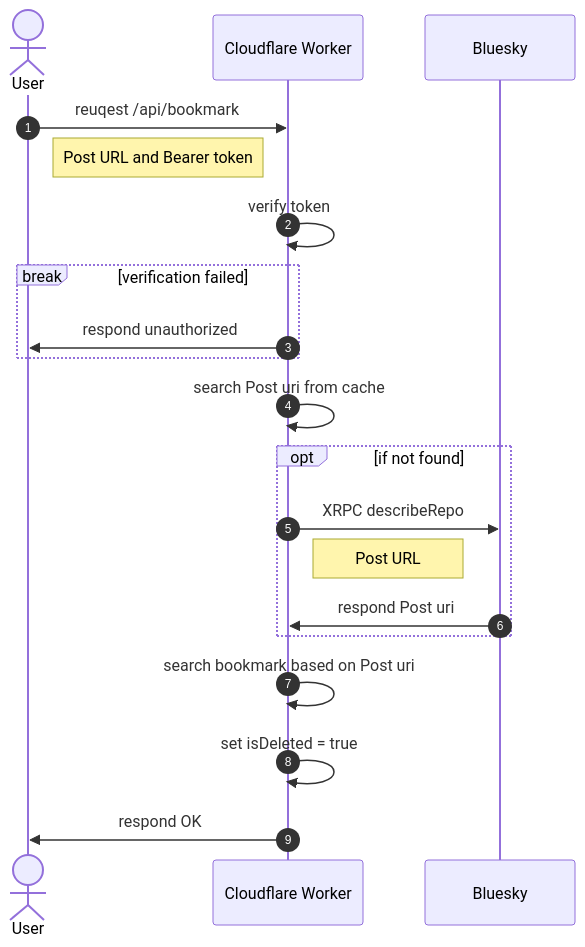
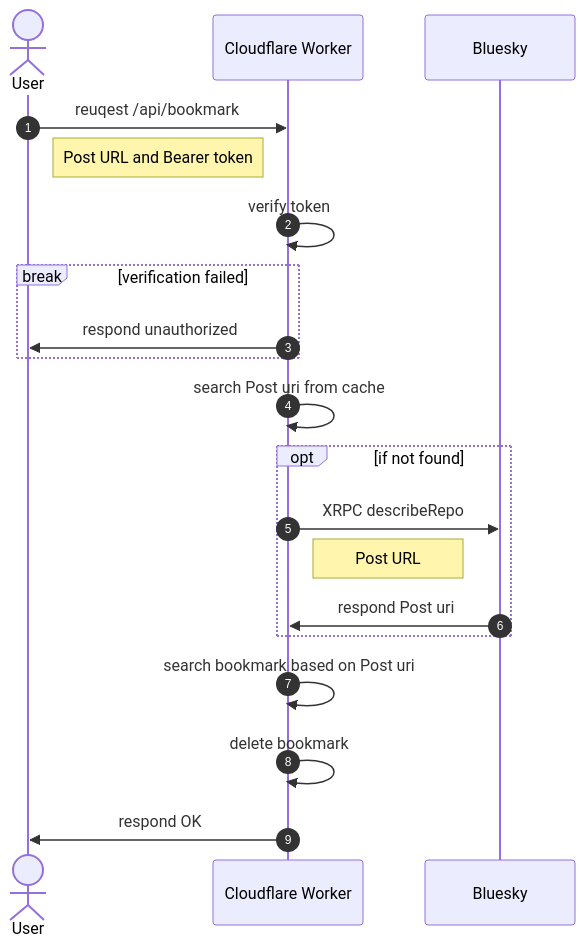
The third of 4 diagrams in README.md (mzyy94/bluebookmark), drawn with Mermaid before and after one commit. The commit also changed 3 other files, not shown here.

Commit message:
Remove deleted flag from bookmark table

````diff
--- a/README.md
+++ b/README.md
@@ -211,22 +211,22 @@
 ```mermaid
 sequenceDiagram
     autonumber
     actor User
     participant Cloudflare as Cloudflare Worker
     participant Bluesky
     User->>Cloudflare: reuqest /api/bookmark
     Note left of Cloudflare: Post URL and Bearer token
     Cloudflare->>Cloudflare: verify token
     break verification failed
         Cloudflare->>User: respond unauthorized
     end
     Cloudflare->>Cloudflare: search Post uri from cache
     opt if not found
         Cloudflare->>Bluesky: XRPC describeRepo
         Note right of Cloudflare: Post URL
         Bluesky->>Cloudflare: respond Post uri
     end
     Cloudflare->>Cloudflare: search bookmark based on Post uri
-    Cloudflare->>Cloudflare: set isDeleted = true
+    Cloudflare->>Cloudflare: delete bookmark
     Cloudflare->>User: respond OK
 ```
````
